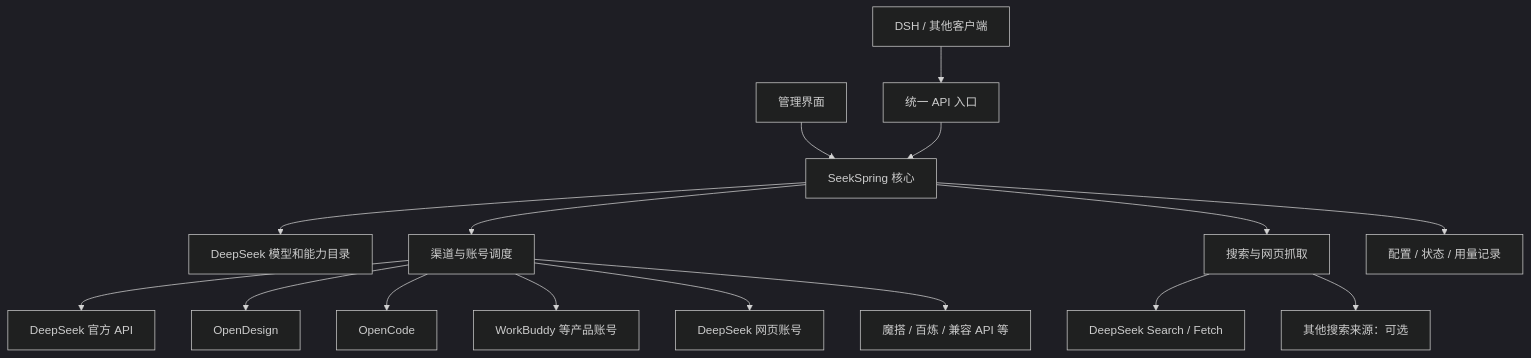
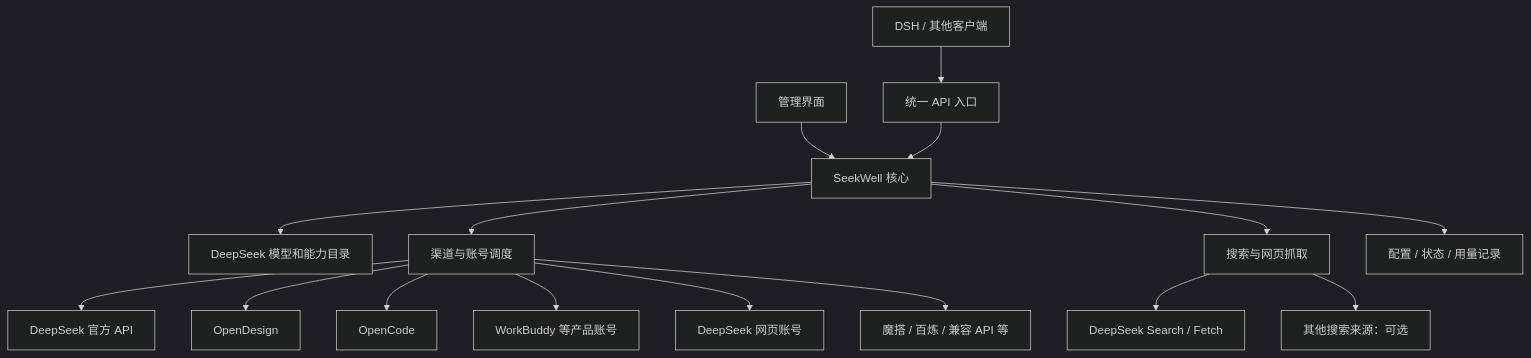
The diagram in docs/design.md (ai-daming/seekwell), drawn with Mermaid (dark theme) before and after one commit. The commit also changed other lines of this file and 1 other file, not shown here.

Commit message:
docs: rename project to SeekWell

````diff
--- a/docs/design.md
+++ b/docs/design.md
@@ -26,18 +26,18 @@
 ```mermaid
 flowchart TB
     Client[DSH / 其他客户端] --> Gateway[统一 API 入口]
-    UI[管理界面] --> Core[SeekSpring 核心]
+    UI[管理界面] --> Core[SeekWell 核心]
     Gateway --> Core
     Core --> Catalog[DeepSeek 模型和能力目录]
     Core --> Router[渠道与账号调度]
     Core --> Search[搜索与网页抓取]
     Core --> State[配置 / 状态 / 用量记录]
     Router --> Official[DeepSeek 官方 API]
     Router --> OD[OpenDesign]
     Router --> OC[OpenCode]
     Router --> WB[WorkBuddy 等产品账号]
     Router --> Web[DeepSeek 网页账号]
     Router --> APIs[魔搭 / 百炼 / 兼容 API 等]
     Search --> DS[DeepSeek Search / Fetch]
     Search --> Other[其他搜索来源：可选]
 ```
````
